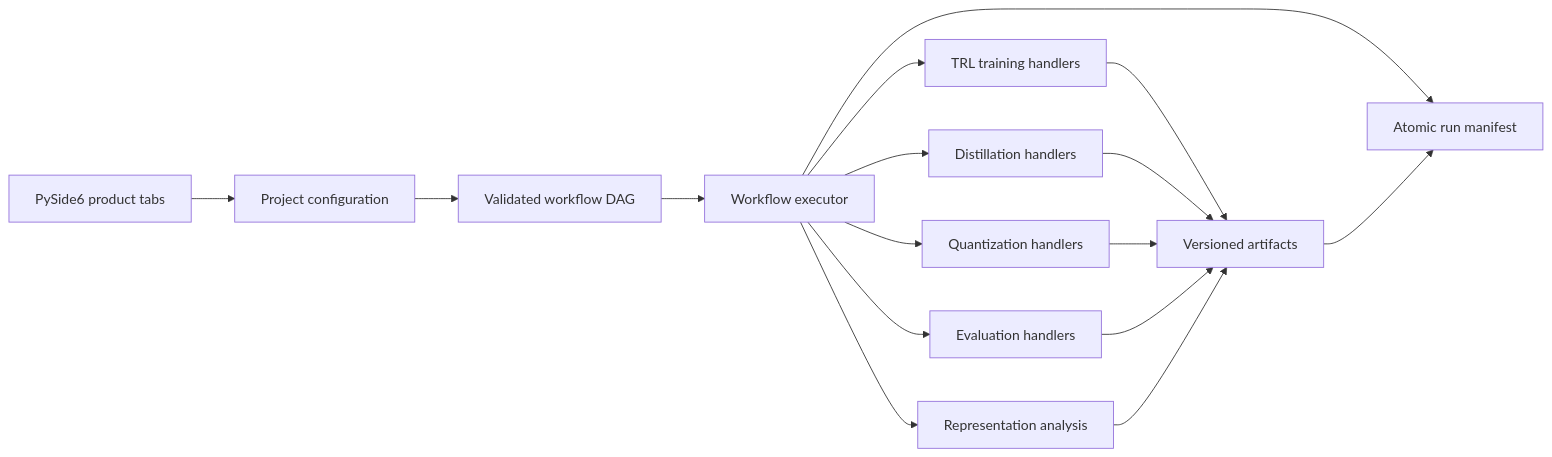
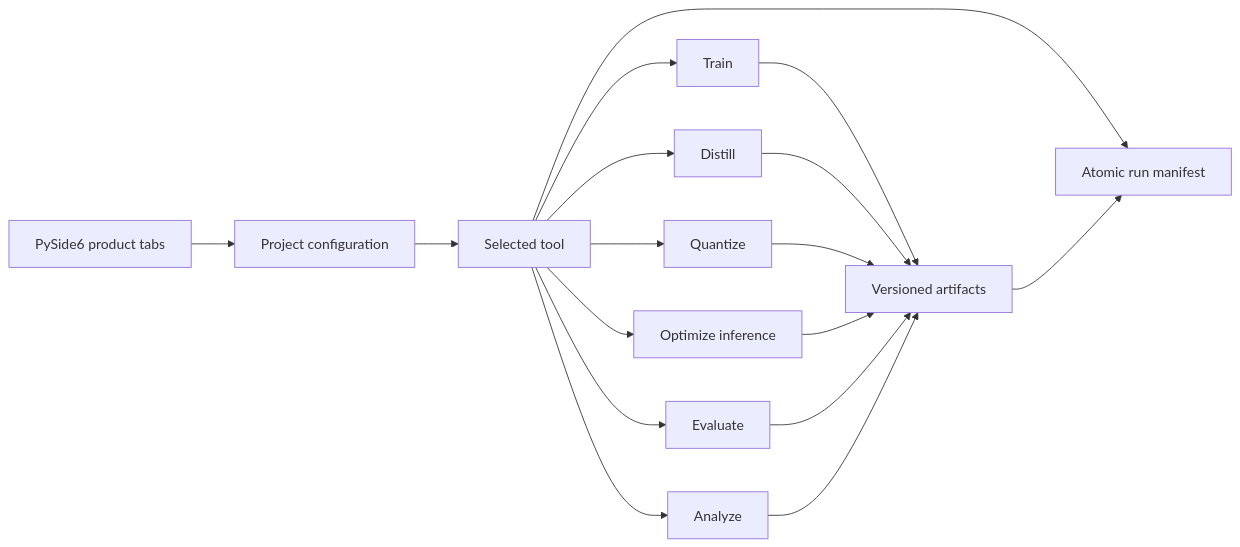
One commit to shubhamcodez/finetuner changed the diagram in docs/ARCHITECTURE.md. Above: the diagram before and after it, drawn with Mermaid. The commit also changed other lines of this file and 50 other files, not shown here.

````diff
--- a/docs/ARCHITECTURE.md
+++ b/docs/ARCHITECTURE.md
@@ -7,18 +6,19 @@
 ```mermaid
 flowchart LR
     UI["PySide6 product tabs"] --> CFG["Project configuration"]
-    CFG --> DAG["Validated workflow DAG"]
-    DAG --> EX["Workflow executor"]
-    EX --> TRAIN["TRL training handlers"]
-    EX --> KD["Distillation handlers"]
-    EX --> Q["Quantization handlers"]
-    EX --> EVAL["Evaluation handlers"]
-    EX --> ANA["Representation analysis"]
+    CFG --> ACT["Selected tool"]
+    ACT --> TRAIN["Train"]
+    ACT --> KD["Distill"]
+    ACT --> Q["Quantize"]
+    ACT --> OPT["Optimize inference"]
+    ACT --> EVAL["Evaluate"]
+    ACT --> ANA["Analyze"]
     TRAIN --> ART["Versioned artifacts"]
     KD --> ART
     Q --> ART
+    OPT --> ART
     EVAL --> ART
     ANA --> ART
-    EX --> MAN["Atomic run manifest"]
+    ACT --> MAN["Atomic run manifest"]
     ART --> MAN
 ```
````
